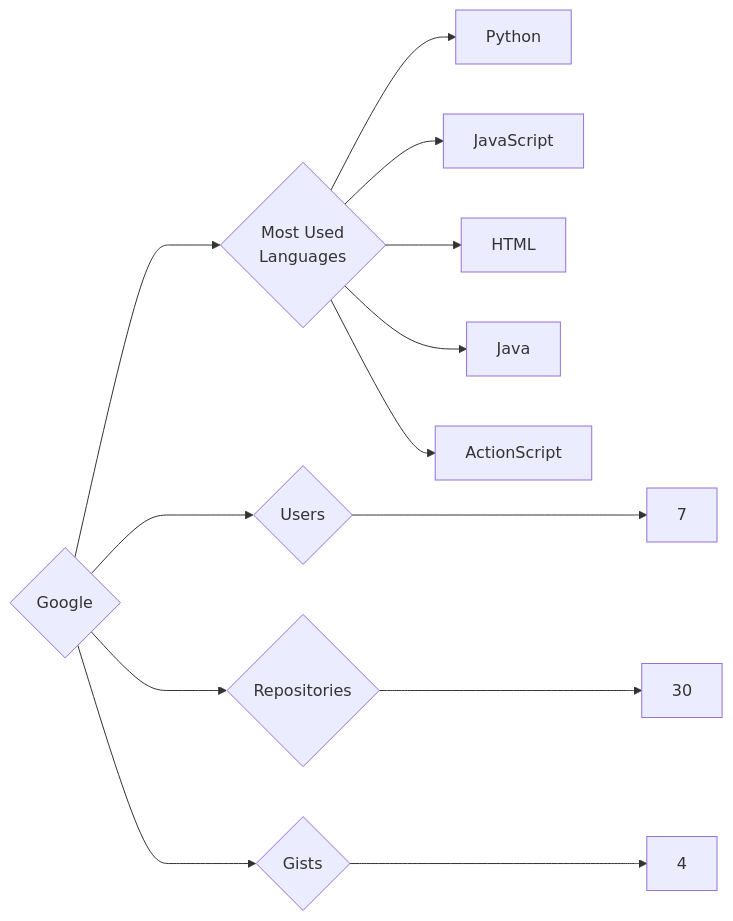
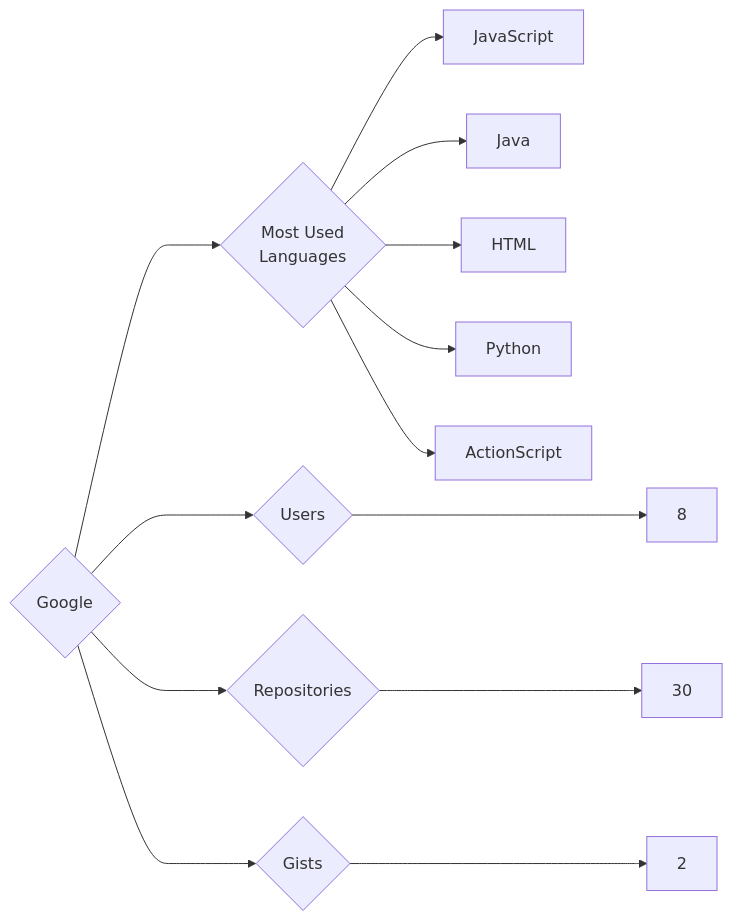
Before and after one commit to trickest/insiders: the diagram in targets/Google/README.md, drawn with Mermaid. The commit also changed 912 other files, not shown here.

````diff
--- a/targets/Google/README.md
+++ b/targets/Google/README.md
@@ -3,13 +3,13 @@
 ```mermaid
 graph LR
 COMPANY_NAME{Google}
-COMPANY_NAME ---> U{Users} ---> UN[7]
+COMPANY_NAME ---> U{Users} ---> UN[8]
 COMPANY_NAME ---> R{Repositories} ---> RN[30]
-COMPANY_NAME ---> G{Gists} ---> GN[4]
+COMPANY_NAME ---> G{Gists} ---> GN[2]
 COMPANY_NAME ---> ML{Most Used<br>Languages}
+ML --> JavaScript[JavaScript]
+ML --> Java[Java]
+ML --> HTML[HTML]
 ML --> Python[Python]
-ML --> JavaScript[JavaScript]
-ML --> HTML[HTML]
-ML --> Java[Java]
 ML --> ActionScript[ActionScript]
 ```
````
